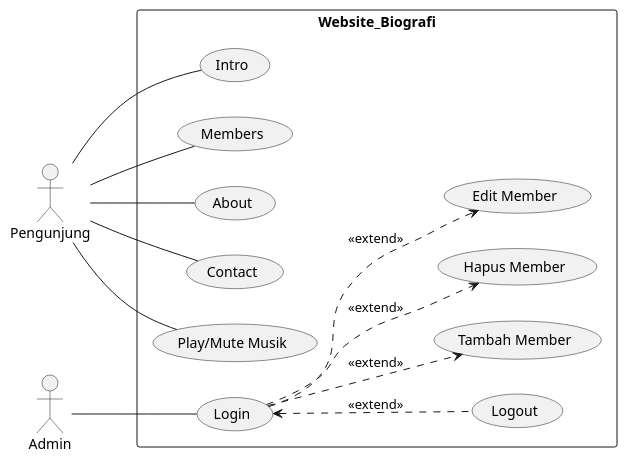
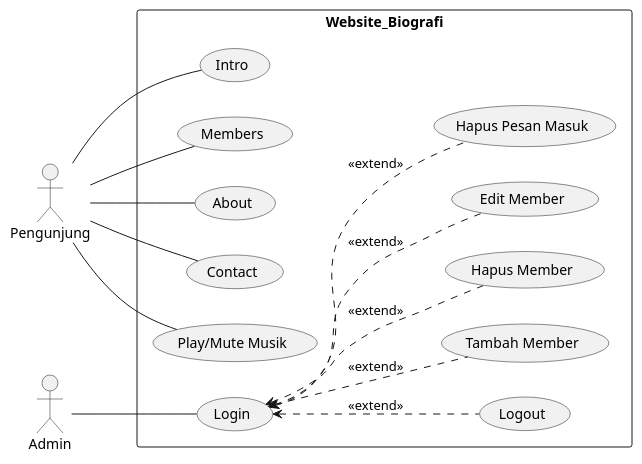
One commit to muhammadrifqialimin/webdesignbuatkelompok-main changed the diagram in Usecase.wsd. Above: the diagram before and after it, drawn with PlantUML. The commit also changed 4 other files, not shown here.

```diff
--- a/Usecase.wsd
+++ b/Usecase.wsd
@@ -1,25 +1,23 @@
 @startuml Website Biografi
 left to right direction
 
 actor Pengunjung
 actor Admin
 
 rectangle Website_Biografi {
     Pengunjung -- (Intro)
     Pengunjung -- (Members)
     Pengunjung -- (About)
     Pengunjung -- (Contact)
     Pengunjung -- (Play/Mute Musik)
 
     Admin -- (Login)
-    
-
 
     (Login) <.. (Logout) : <<extend>>
-    (Login) ..> (Tambah Member) : <<extend>>
-    (Login) ..> (Hapus Member) : <<extend>>
-    (Login) ..> (Edit Member) : <<extend>>
-    
+    (Login) <.. (Tambah Member) : <<extend>>
+    (Login) <.. (Hapus Member) : <<extend>>
+    (Login) <.. (Edit Member) : <<extend>>
+    (Login) <.. (Hapus Pesan Masuk) : <<extend>>
 }
 
 @enduml
```
